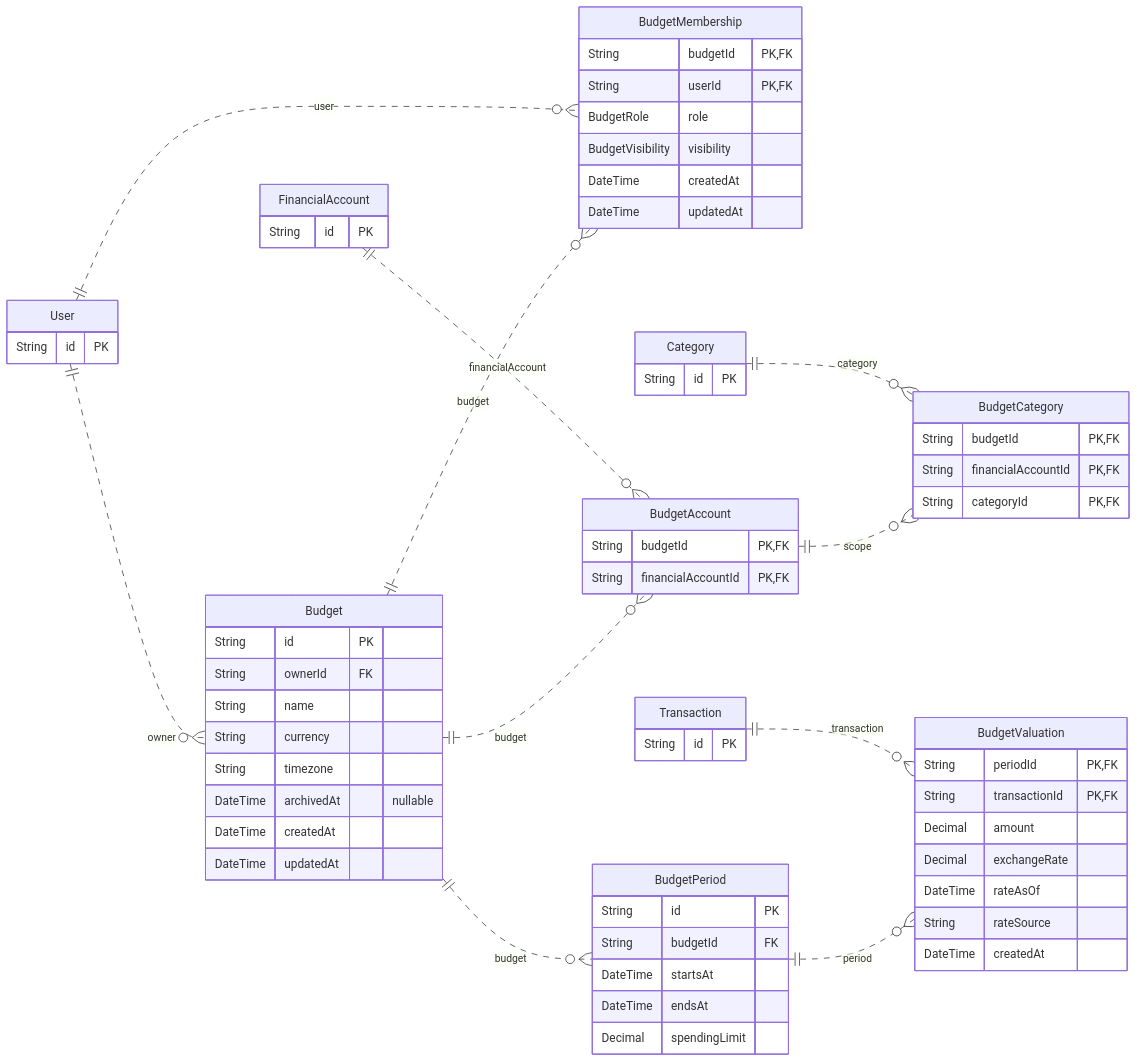
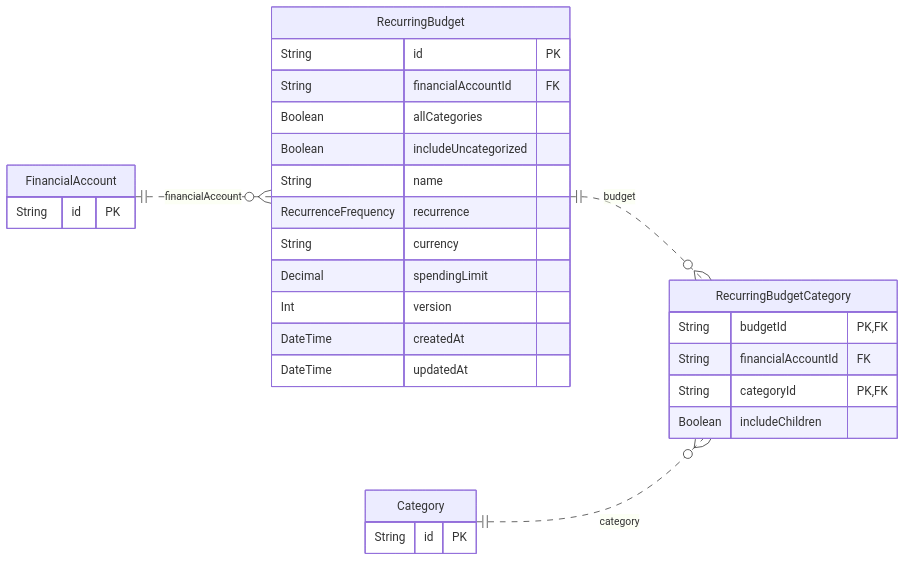
One commit to gkoura/centscope changed the fourth of 4 diagrams in prisma/ERD.md. Above: the diagram before and after it, drawn with Mermaid. The commit also changed other lines of this file and 47 other files, not shown here.

First line of the commit message:
feat: add transaction category filter component and budget management features

````diff
--- a/prisma/ERD.md
+++ b/prisma/ERD.md
@@ -254,69 +254,32 @@
 ```mermaid
 erDiagram
     direction LR
-    Budget {
+    RecurringBudget {
         String id PK
-        String ownerId FK
+        String financialAccountId FK
+        Boolean allCategories
+        Boolean includeUncategorized
         String name
+        RecurrenceFrequency recurrence
         String currency
-        String timezone
-        DateTime archivedAt "nullable"
+        Decimal spendingLimit
+        Int version
         DateTime createdAt
         DateTime updatedAt
     }
-    BudgetMembership {
+    RecurringBudgetCategory {
         String budgetId PK, FK
-        String userId PK, FK
-        BudgetRole role
-        BudgetVisibility visibility
-        DateTime createdAt
-        DateTime updatedAt
-    }
-    BudgetAccount {
-        String budgetId PK, FK
-        String financialAccountId PK, FK
-    }
-    BudgetCategory {
-        String budgetId PK, FK
-        String financialAccountId PK, FK
+        String financialAccountId FK
         String categoryId PK, FK
-    }
-    BudgetPeriod {
-        String id PK
-        String budgetId FK
-        DateTime startsAt
-        DateTime endsAt
-        Decimal spendingLimit
-    }
-    BudgetValuation {
-        String periodId PK, FK
-        String transactionId PK, FK
-        Decimal amount
-        Decimal exchangeRate
-        DateTime rateAsOf
-        String rateSource
-        DateTime createdAt
-    }
-    User {
-        String id PK
+        Boolean includeChildren
     }
     FinancialAccount {
         String id PK
     }
     Category {
         String id PK
     }
-    Transaction {
-        String id PK
-    }
-    User ||..o{ Budget : "owner"
-    Budget ||..o{ BudgetMembership : "budget"
-    User ||..o{ BudgetMembership : "user"
-    Budget ||..o{ BudgetAccount : "budget"
-    FinancialAccount ||..o{ BudgetAccount : "financialAccount"
-    BudgetAccount ||..o{ BudgetCategory : "scope"
-    Category ||..o{ BudgetCategory : "category"
-    Budget ||..o{ BudgetPeriod : "budget"
-    BudgetPeriod ||..o{ BudgetValuation : "period"
-    Transaction ||..o{ BudgetValuation : "transaction"
+    FinancialAccount ||..o{ RecurringBudget : "financialAccount"
+    RecurringBudget ||..o{ RecurringBudgetCategory : "budget"
+    Category ||..o{ RecurringBudgetCategory : "category"
 ```
````
